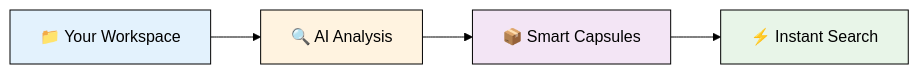
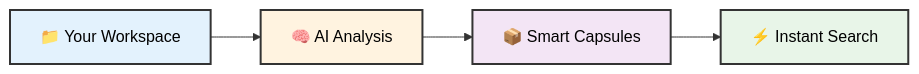
Before and after one commit to atifshafi/workspace-mcp: the first of 5 diagrams in README.md, drawn with Mermaid. The commit also changed other lines of this file and 1 other file, not shown here.

First line of the commit message:
🔧 Fix Mermaid diagrams for GitHub compatibility

````diff
--- a/README.md
+++ b/README.md
@@ -76,12 +76,16 @@
 ```mermaid
-%%{init: {"theme": "base", "themeVariables": {"primaryColor": "#ffffff", "primaryTextColor": "#000000", "primaryBorderColor": "#000000", "lineColor": "#000000", "background": "#ffffff"}} }%%
-graph LR
-    A[📁 Your Workspace] --> B[🔍 AI Analysis]
-    B --> C[📦 Smart Capsules]
-    C --> D[⚡ Instant Search]
+flowchart LR
+    A["📁 Your Workspace"] --> B["🧠 AI Analysis"]
+    B --> C["📦 Smart Capsules"]
+    C --> D["⚡ Instant Search"]
     
-    style A fill:#e3f2fd,color:#000,stroke:#000
-    style B fill:#fff3e0,color:#000,stroke:#000
-    style C fill:#f3e5f5,color:#000,stroke:#000
-    style D fill:#e8f5e8,color:#000,stroke:#000
+    classDef workspace fill:#e3f2fd,stroke:#333,stroke-width:2px,color:#000
+    classDef ai fill:#fff3e0,stroke:#333,stroke-width:2px,color:#000
+    classDef capsule fill:#f3e5f5,stroke:#333,stroke-width:2px,color:#000
+    classDef search fill:#e8f5e8,stroke:#333,stroke-width:2px,color:#000
+
+    class A workspace
+    class B ai
+    class C capsule
+    class D search
 ```
````
